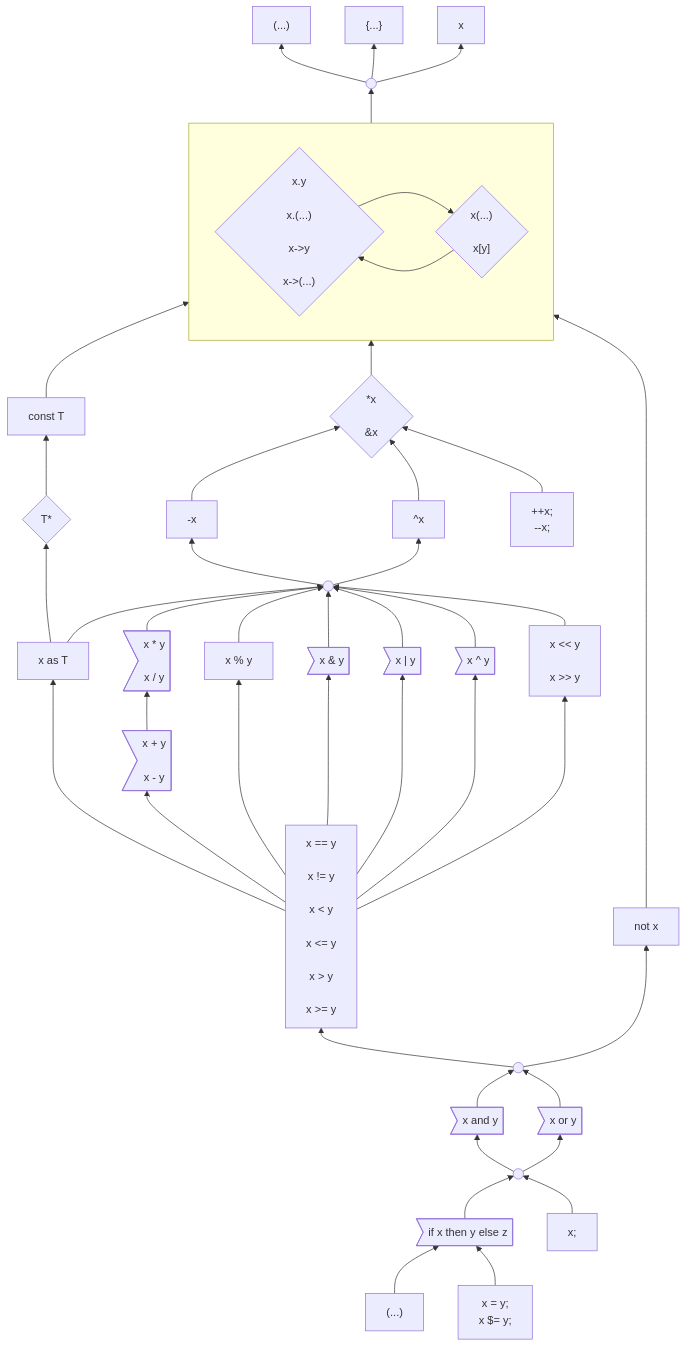
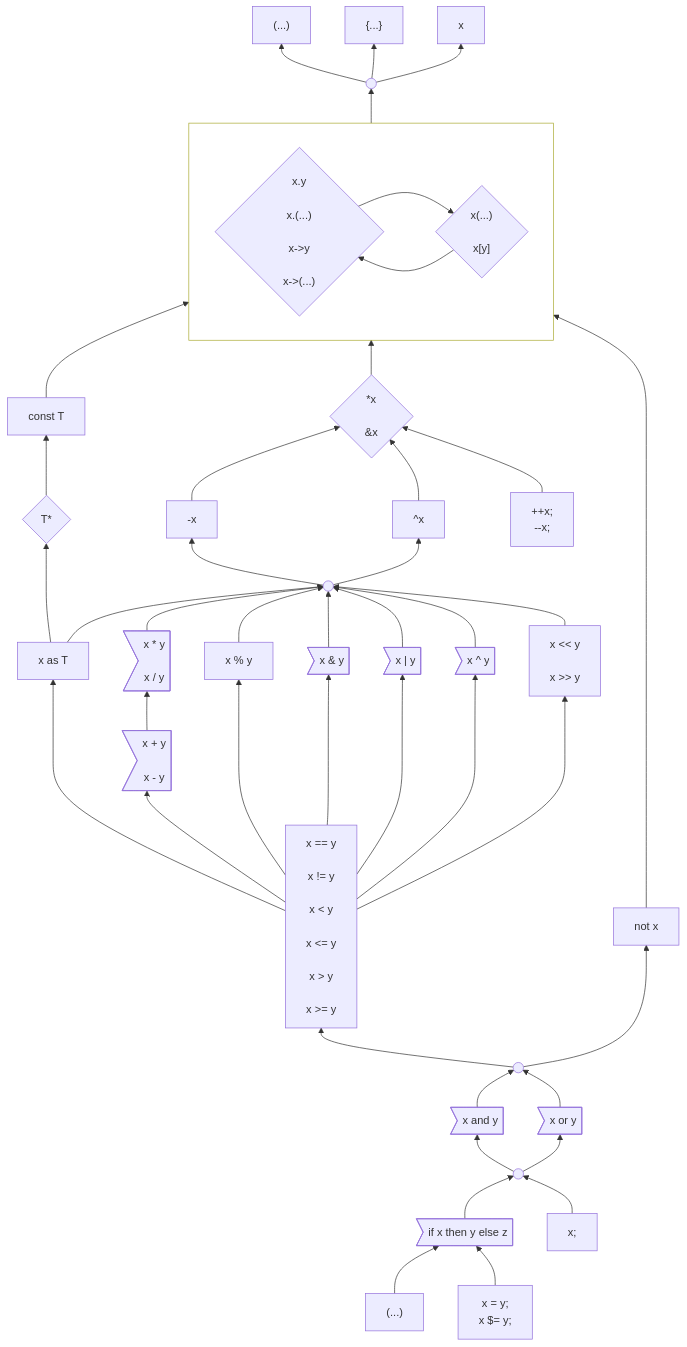
One commit to carbon-language/carbon-lang changed the first of 3 diagrams in docs/design/expressions/README.md. Above: the diagram before and after it, drawn with Mermaid.

Commit message:
Checkpoint progress.

```diff
--- a/docs/design/expressions/README.md
+++ b/docs/design/expressions/README.md
@@ -75,6 +75,7 @@
                      x[y]"}
     click callAndIndexing "https://github.com/carbon-language/carbon-lang/blob/trunk/docs/design/expressions/indexing.md"
 end
+style memberCallIndex fill:none
 
     constType["const T"]
     click pointer-type "https://github.com/carbon-language/carbon-lang/blob/trunk/docs/design/expressions/type_operators.md"
```
